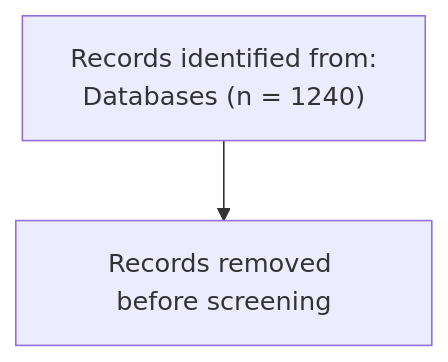
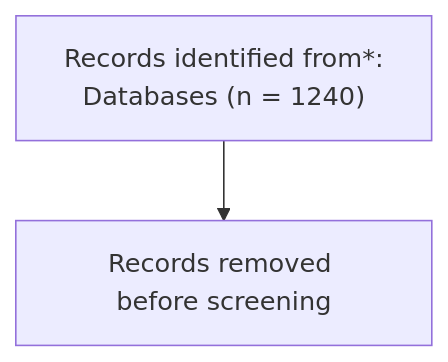
One commit to osl-incubator/prismaflow changed the diagram in docs/rendering.qmd. Above: the diagram before and after it, drawn with Mermaid. The commit also changed other lines of this file and 7 other files, not shown here.

Commit message:
feat: Improve diagram layout/style

````diff
--- a/docs/rendering.qmd
+++ b/docs/rendering.qmd
@@ -67,6 +68,6 @@
 ```mermaid
 flowchart TD
-    A["Records identified from:<br/>Databases (n = 1240)"]
+    A["Records identified from*:<br/>Databases (n = 1240)"]
     B["Records removed before screening"]
     A --> B
 ```
````
